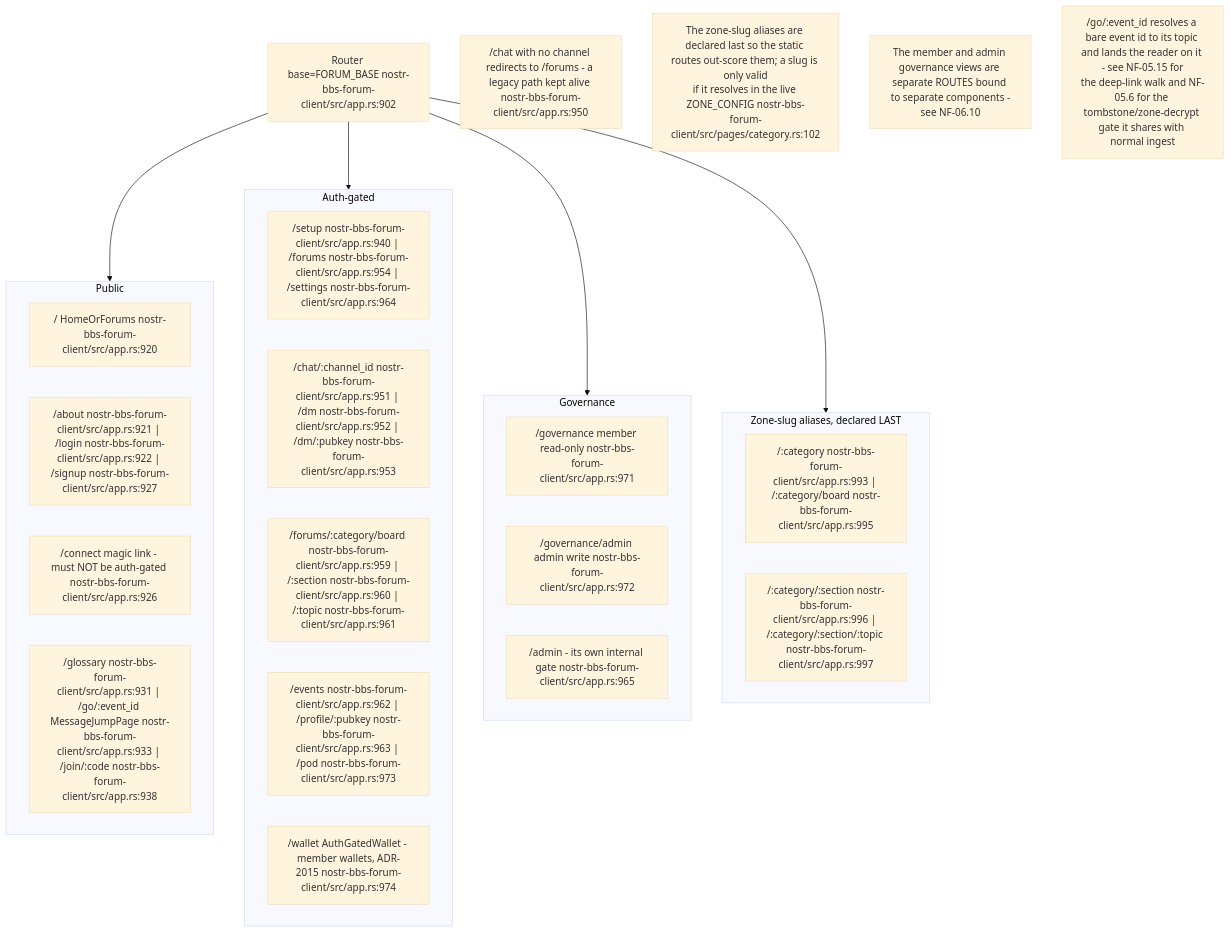
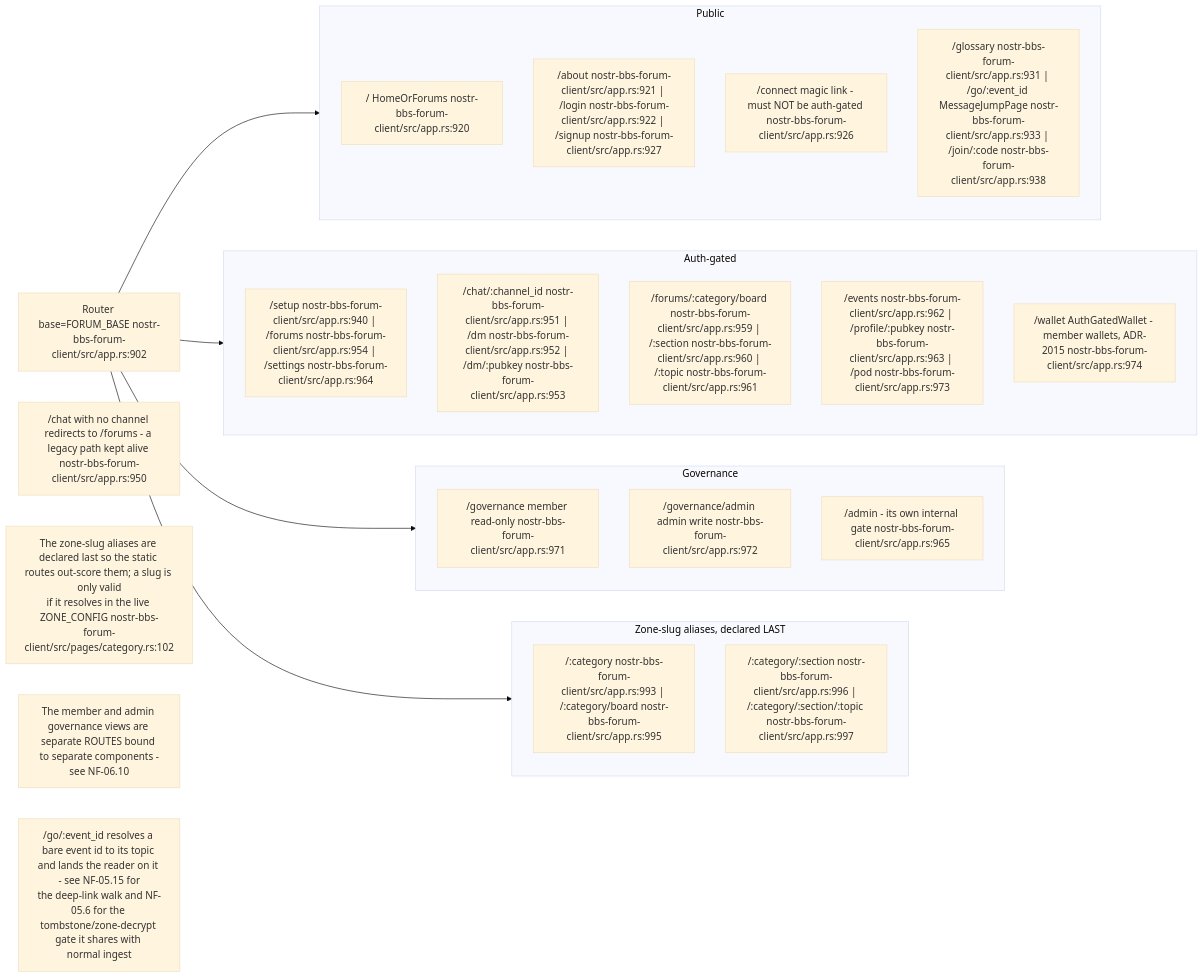
The second of 17 diagrams in docs/diagrams/nostr-rust-forum/05-leptos-clients-onboarding-messaging-governance.md (DreamLab-AI/VisionFlow), drawn with Mermaid (base theme) before and after one commit. The commit also changed other lines of this file and 160 other files, not shown here.

````diff
--- a/docs/diagrams/nostr-rust-forum/05-leptos-clients-onboarding-messaging-governance.md
+++ b/docs/diagrams/nostr-rust-forum/05-leptos-clients-onboarding-messaging-governance.md
@@ -94,32 +98,32 @@
 ```mermaid
-flowchart TB
+flowchart LR
     subgraph pubroutes["Public"]
         R1["/ HomeOrForums nostr-bbs-forum-client/src/app.rs:920"]
         R2["/about nostr-bbs-forum-client/src/app.rs:921 | /login nostr-bbs-forum-client/src/app.rs:922 | /signup nostr-bbs-forum-client/src/app.rs:927"]
         R3["/connect magic link - must NOT be auth-gated nostr-bbs-forum-client/src/app.rs:926"]
         R4["/glossary nostr-bbs-forum-client/src/app.rs:931 | /go/:event_id MessageJumpPage nostr-bbs-forum-client/src/app.rs:933 | /join/:code nostr-bbs-forum-client/src/app.rs:938"]
     end
     subgraph authed["Auth-gated"]
         R5["/setup nostr-bbs-forum-client/src/app.rs:940 | /forums nostr-bbs-forum-client/src/app.rs:954 | /settings nostr-bbs-forum-client/src/app.rs:964"]
         R6["/chat/:channel_id nostr-bbs-forum-client/src/app.rs:951 | /dm nostr-bbs-forum-client/src/app.rs:952 | /dm/:pubkey nostr-bbs-forum-client/src/app.rs:953"]
         R7["/forums/:category/board nostr-bbs-forum-client/src/app.rs:959 | /:section nostr-bbs-forum-client/src/app.rs:960 | /:topic nostr-bbs-forum-client/src/app.rs:961"]
         R8["/events nostr-bbs-forum-client/src/app.rs:962 | /profile/:pubkey nostr-bbs-forum-client/src/app.rs:963 | /pod nostr-bbs-forum-client/src/app.rs:973"]
         R14["/wallet AuthGatedWallet - member wallets, ADR-2015 nostr-bbs-forum-client/src/app.rs:974"]
     end
     subgraph gov["Governance"]
         R9["/governance member read-only nostr-bbs-forum-client/src/app.rs:971"]
         R10["/governance/admin admin write nostr-bbs-forum-client/src/app.rs:972"]
         R11["/admin - its own internal gate nostr-bbs-forum-client/src/app.rs:965"]
     end
     subgraph zonealias["Zone-slug aliases, declared LAST"]
         R12["/:category nostr-bbs-forum-client/src/app.rs:993 | /:category/board nostr-bbs-forum-client/src/app.rs:995"]
         R13["/:category/:section nostr-bbs-forum-client/src/app.rs:996 | /:category/:section/:topic nostr-bbs-forum-client/src/app.rs:997"]
     end
 
     ROUTER["Router base=FORUM_BASE nostr-bbs-forum-client/src/app.rs:902"] --> pubroutes & authed & gov & zonealias
 
     N1["/chat with no channel redirects to /forums - a legacy path kept alive nostr-bbs-forum-client/src/app.rs:950"]
     N2["The zone-slug aliases are declared last so the static routes out-score them; a slug is only valid<br/>if it resolves in the live ZONE_CONFIG nostr-bbs-forum-client/src/pages/category.rs:102"]
     N3["The member and admin governance views are separate ROUTES bound to separate components -<br/>see NF-06.10"]
     N4["/go/:event_id resolves a bare event id to its topic and lands the reader on it - see NF-05.15 for<br/>the deep-link walk and NF-05.6 for the tombstone/zone-decrypt gate it shares with normal ingest"]
 ```
````
